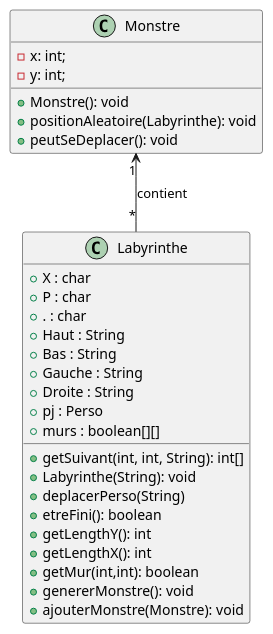
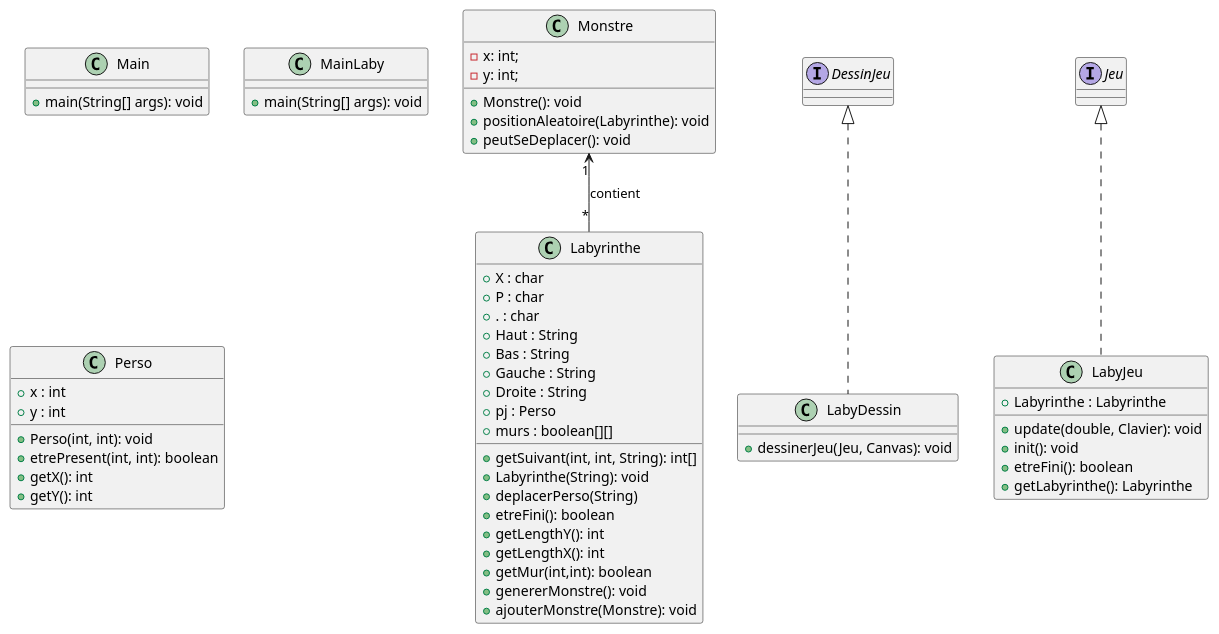
The diagram in documents/diagramme_classe.puml (crochetremi/2025_Zeldiablo_e20157u_e82008u_e89209u_e26078u), drawn with PlantUML before and after one commit. The commit also changed 1 other file, not shown here.

Commit message:
modif diagramme de classe

```diff
--- a/documents/diagramme_classe.puml
+++ b/documents/diagramme_classe.puml
@@ -1,45 +1,80 @@
 @startuml
 'https://plantuml.com/class-diagram
 
 class Monstre{
 
     - x: int;
     - y: int;
 
     + Monstre(): void
     + positionAleatoire(Labyrinthe): void
     + peutSeDeplacer(): void
 
 }
 
 class Labyrinthe{
 
     + X : char
     + P : char
     + . : char
     + Haut : String
     + Bas : String
     + Gauche : String
     + Droite : String
     + pj : Perso
     + murs : boolean[][]
 
     + getSuivant(int, int, String): int[]
     + Labyrinthe(String): void
     + deplacerPerso(String)
     + etreFini(): boolean
     + getLengthY(): int
     + getLengthX(): int
     + getMur(int,int): boolean
     + genererMonstre(): void
     + ajouterMonstre(Monstre): void
 
 }
 
+class LabyDessin implements DessinJeu{
+
+    + dessinerJeu(Jeu, Canvas): void
+
+}
+
+class LabyJeu implements Jeu{
+    + Labyrinthe : Labyrinthe
+
+    + update(double, Clavier): void
+    + init(): void
+    + etreFini(): boolean
+    + getLabyrinthe(): Labyrinthe
+
+}
+
+class Main{
+    + main(String[] args): void
+}
+
+class MainLaby{
+    + main(String[] args): void
+}
+
+class Perso{
+
+    + x : int
+    + y : int
+
+    + Perso(int, int): void
+    + etrePresent(int, int): boolean
+    + getX(): int
+    + getY(): int
+}
+
 Monstre "1" <-- "*" Labyrinthe : contient
 
 
 
 
 
 @enduml
```
